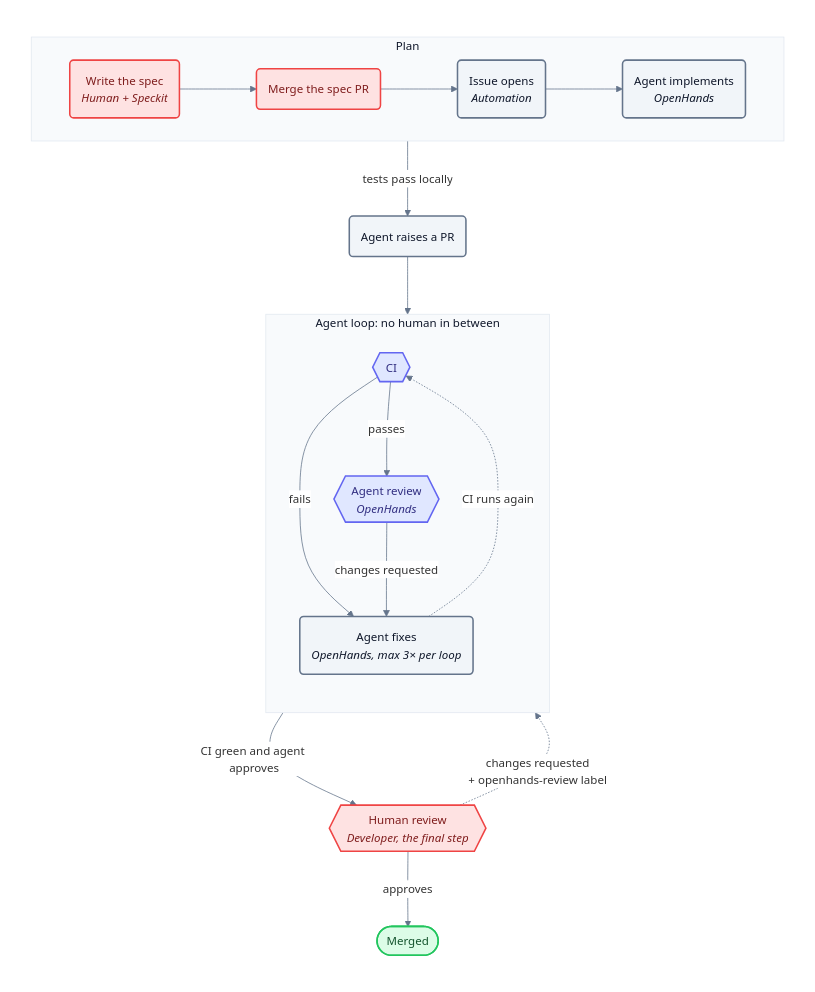
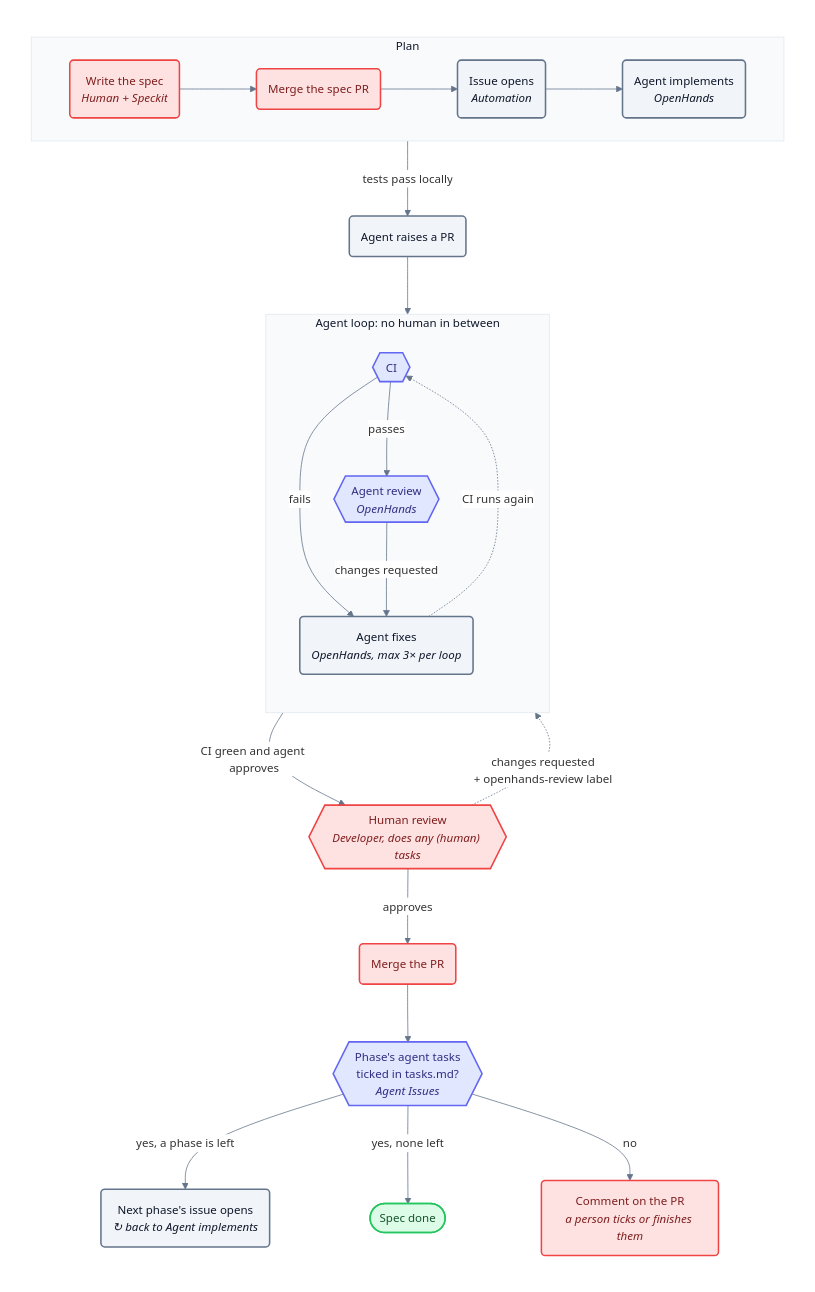
One commit to AlexTo/agentic-sdlc changed the diagram in docs/diagrams/agentic-loop.mmd. Above: the diagram before and after it, drawn with Mermaid. The commit also changed 5 other files, not shown here.

First line of the commit message:
docs: show the post-merge tasks.md check before the next phase opens

```diff
--- a/docs/diagrams/agentic-loop.mmd
+++ b/docs/diagrams/agentic-loop.mmd
@@ -1,43 +1,51 @@
 %%{init: {"theme": "base", "flowchart": {"curve": "basis", "nodeSpacing": 40, "rankSpacing": 50}, "themeVariables": {"fontFamily": "Inter, system-ui, sans-serif", "fontSize": "15px", "lineColor": "#64748b", "background": "#ffffff", "textColor": "#0f172a", "titleColor": "#0f172a", "edgeLabelBackground": "#ffffff", "clusterBkg": "#f8fafc", "clusterBorder": "#e2e8f0"}}}%%
 flowchart TB
     subgraph ALL[" "]
     direction TB
     subgraph PLAN["Plan"]
         direction LR
         S("`Write the spec
 _Human + Speckit_`") --> M1("Merge the spec PR")
         M1 --> I("`Issue opens
 _Automation_`")
         I --> IMPL("`Agent implements
 _OpenHands_`")
     end
 
     subgraph VERIFY["Agent loop: no human in between"]
         direction TB
         CI{{"CI"}} -- "passes" --> AR{{"`Agent review
 _OpenHands_`"}}
         CI -- "fails" --> FIX("`Agent fixes
 _OpenHands, max 3× per loop_`")
         AR -- "changes requested" --> FIX
         FIX -. "CI runs again" .-> CI
     end
 
     PLAN -- "tests pass locally" --> PR("Agent raises a PR")
     PR --> VERIFY
     VERIFY -- "CI green and agent approves" --> HR{{"`Human review
-_Developer, the final step_`"}}
-    HR -- "approves" --> Done(["Merged"])
+_Developer, does any (human) tasks_`"}}
+    HR -- "approves" --> MERGED("Merge the PR")
+    MERGED --> TICK{{"`Phase's agent tasks
+ticked in tasks.md?
+_Agent Issues_`"}}
+    TICK -- "yes, a phase is left" --> NEXT("`Next phase's issue opens
+_↻ back to Agent implements_`")
+    TICK -- "yes, none left" --> Done(["Spec done"])
+    TICK -- "no" --> STALL("`Comment on the PR
+_a person ticks or finishes them_`")
     HR -. "changes requested<br/>+ openhands-review label" .-> VERIFY
 
     end
     style ALL fill:#ffffff,stroke:#ffffff,color:#ffffff
 
     classDef human fill:#fee2e2,stroke:#ef4444,stroke-width:2px,color:#7f1d1d
     classDef agent fill:#f1f5f9,stroke:#64748b,stroke-width:2px,color:#0f172a
     classDef gate fill:#e0e7ff,stroke:#6366f1,stroke-width:2px,color:#312e81
     classDef done fill:#dcfce7,stroke:#22c55e,stroke-width:2px,color:#14532d
     class S,M1 human
-    class I,IMPL,PR,FIX agent
-    class CI,AR gate
-    class HR human
+    class I,IMPL,PR,FIX,NEXT agent
+    class CI,AR,TICK gate
+    class HR,MERGED,STALL human
     class Done done
```
